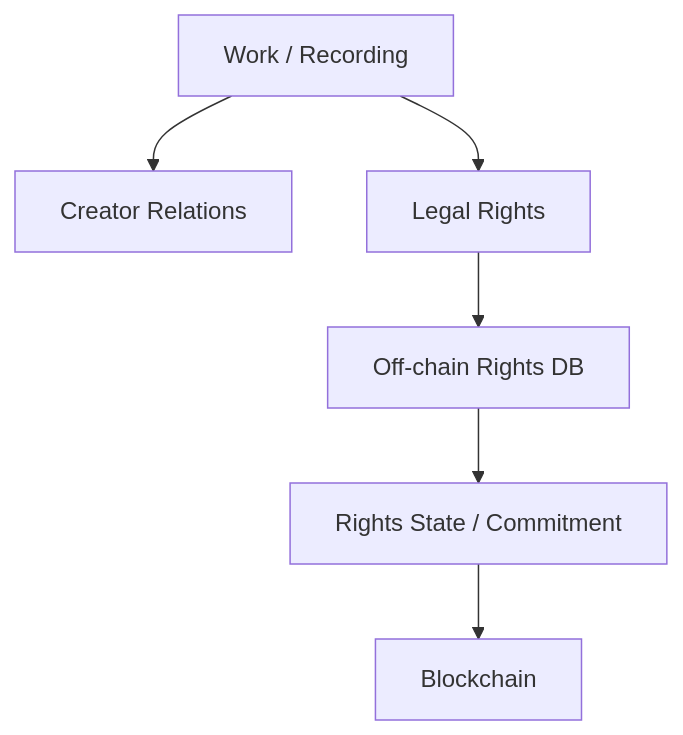
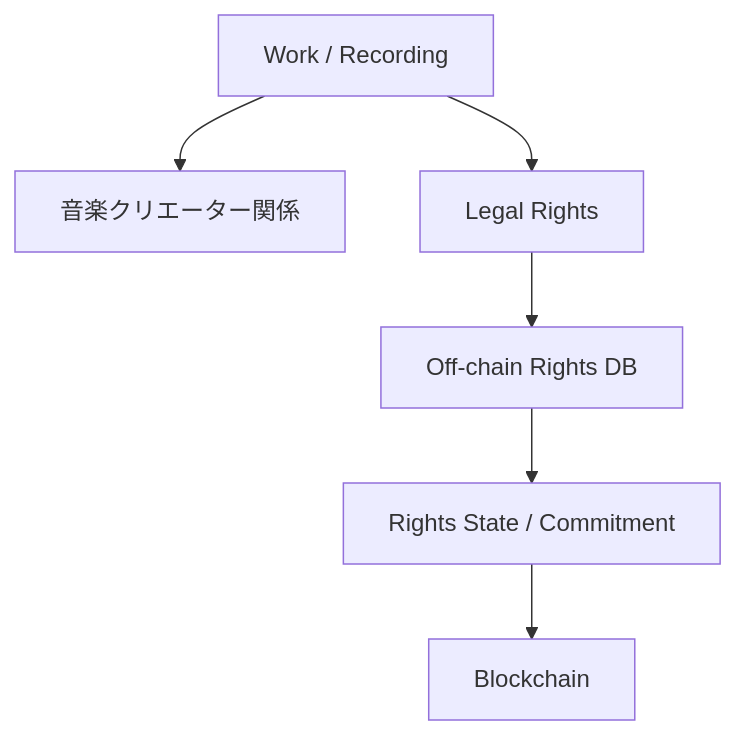
Diagram 13 of 47 in docs/whitepaper/13-roadmap.md (ShigeichiroYamasaki/creator-first-platform), drawn with Mermaid before and after one commit. The commit also changed other lines of this file and 67 other files, not shown here.

````diff
--- a/docs/whitepaper/13-roadmap.md
+++ b/docs/whitepaper/13-roadmap.md
@@ -417,11 +417,11 @@
 ```mermaid
 flowchart TD
     WORK[Work / Recording]
 
-    WORK --> CREATOR[Creator Relations]
+    WORK --> CREATOR[音楽クリエーター関係]
     WORK --> RIGHTS[Legal Rights]
 
     RIGHTS --> DB[Off-chain Rights DB]
     DB --> COMMIT[Rights State / Commitment]
     COMMIT --> CHAIN[Blockchain]
 ```
````
